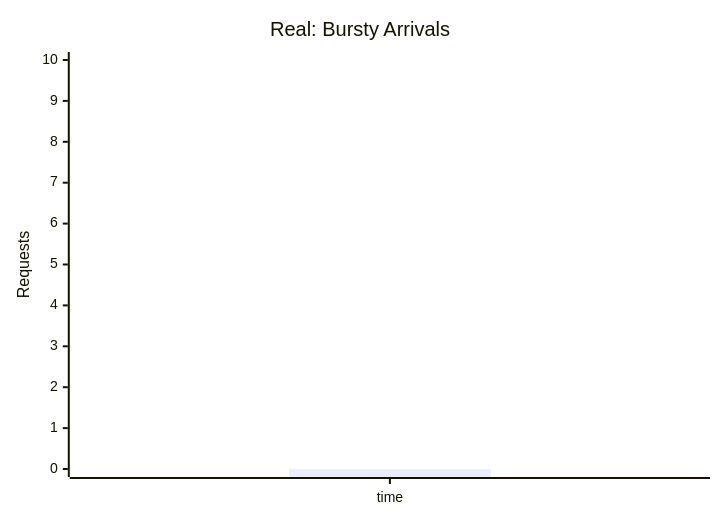
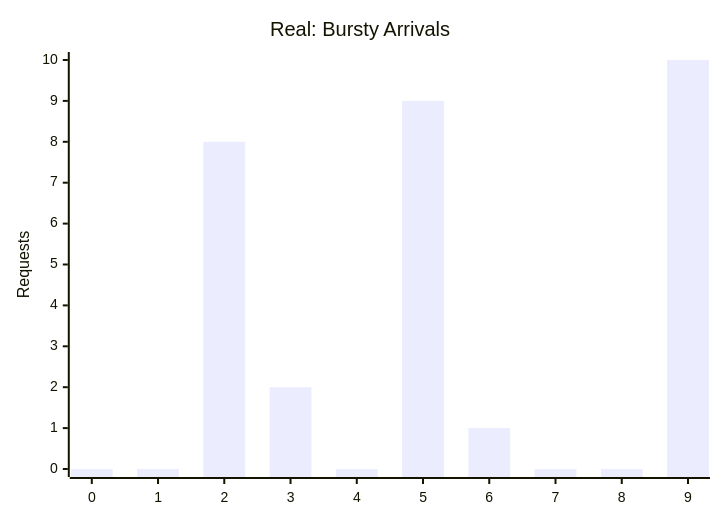
The third of 50 diagrams in lab0.4/README.md (Shahriarin2garden/vllm_from_scratch), drawn with Mermaid before and after one commit. The commit also changed other lines of this file, not shown here.

Commit message:
Update x-axis labels and improve diagram configurations in README.md for better clarity

````diff
--- a/lab0.4/README.md
+++ b/lab0.4/README.md
@@ -142,7 +148,7 @@
 ```mermaid
 xychart-beta
     title "Real: Bursty Arrivals"
-    x-axis ["time"]
+    x-axis [0, 1, 2, 3, 4, 5, 6, 7, 8, 9]
     y-axis "Requests" 0 --> 10
     bar [0,0,8,2,0,9,1,0,0,10]
 ```
````
